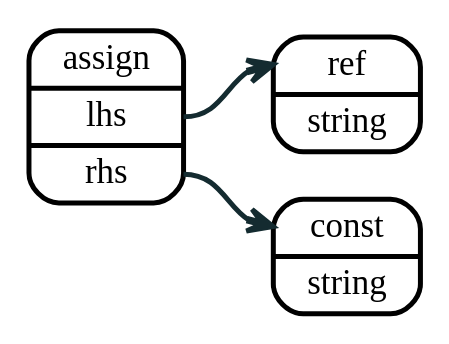
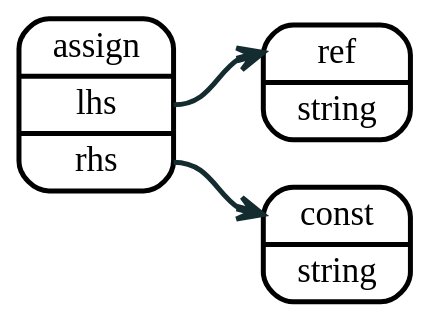
The diagram in source/graphviz/assign.dot (sakshi15108/lnast-doc), drawn with Graphviz before and after one commit. The commit also changed 1 other file, not shown here.

Commit message:
transparent graphviz

```diff
--- a/source/graphviz/assign.dot
+++ b/source/graphviz/assign.dot
@@ -1,14 +1,15 @@
 digraph assign {
   rankdir=LR
+  bgcolor="transparent"
 
   node [shape=record, style="rounded", penwidth = 2];
   edge [color="#142b30", arrowhead="vee", penwidth = 2];
 
 
   node0 [label = "<a> assign | <l> lhs  | <r> rhs"];
   node1 [label = "<a> ref   | <l> string"];
   node2 [label = "<a> const | <l> string"];
 
   node0:l -> node1:a;
   node0:r -> node2:a;
 }
```
